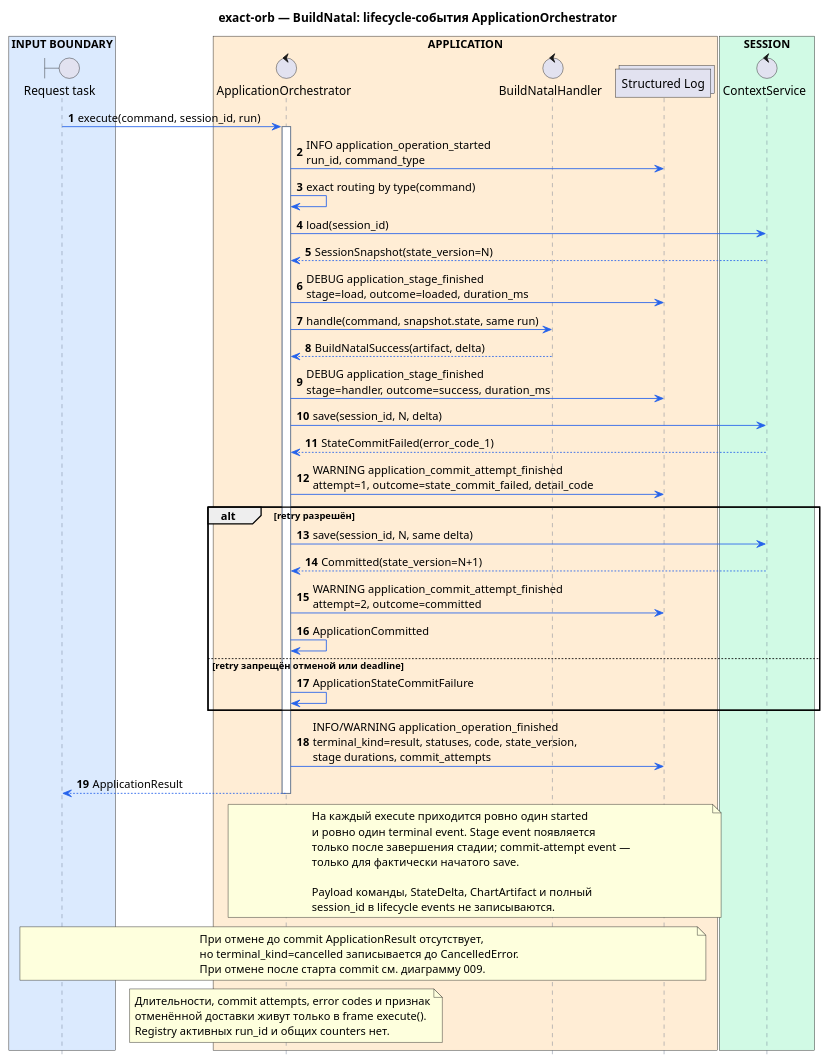
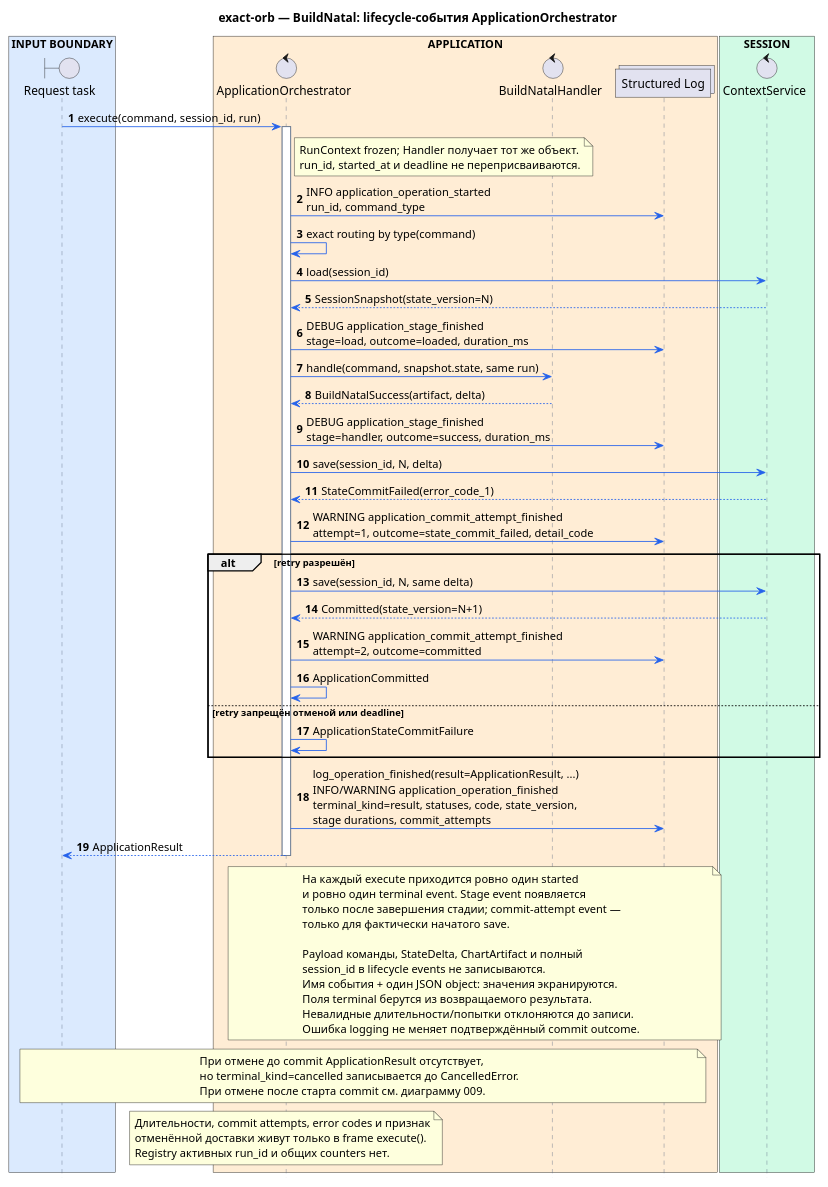
Before and after one commit to ksenia-baranova/exact-orb-demo: the diagram in docs/sequence_diagrams/build_natal/010-build_natal_application_observability.puml, drawn with PlantUML. The commit also changed 20 other files, not shown here.

```diff
--- a/docs/sequence_diagrams/build_natal/010-build_natal_application_observability.puml
+++ b/docs/sequence_diagrams/build_natal/010-build_natal_application_observability.puml
@@ -1,90 +1,98 @@
 @startuml
 title exact-orb — BuildNatal: lifecycle-события ApplicationOrchestrator
 
 ' Целевой observability contract ApplicationOrchestrator R3.2.
 ' Orchestrator хранит operation state только в локальных переменных execute().
 
 autonumber
 hide footbox
 
 skinparam shadowing false
 skinparam responseMessageBelowArrow true
 skinparam sequence {
     ArrowColor #2563EB
     LifeLineBorderColor #64748B
     LifeLineBackgroundColor #FFFFFF
     ParticipantBorderColor #64748B
     ParticipantFontColor #0F172A
     ParticipantBackgroundColor #F8FAFC
     NoteBorderColor #94A3B8
     NoteBackgroundColor #FFFBEA
     NoteFontColor #334155
 }
 
 box "INPUT BOUNDARY" #DBEAFE
     boundary "Request task" as Request
 end box
 
 box "APPLICATION" #FFEDD5
     control "ApplicationOrchestrator" as Orch
     control "BuildNatalHandler" as Handler
     collections "Structured Log" as Log
 end box
 
 box "SESSION" #D1FAE5
     control "ContextService" as Context
 end box
 
 Request -> Orch : execute(command, session_id, run)
 activate Orch
+note right of Orch
+RunContext frozen; Handler получает тот же объект.
+run_id, started_at и deadline не переприсваиваются.
+end note
 Orch -> Log : INFO application_operation_started\nrun_id, command_type
 
 Orch -> Orch : exact routing by type(command)
 Orch -> Context : load(session_id)
 Context --> Orch : SessionSnapshot(state_version=N)
 Orch -> Log : DEBUG application_stage_finished\nstage=load, outcome=loaded, duration_ms
 
 Orch -> Handler : handle(command, snapshot.state, same run)
 Handler --> Orch : BuildNatalSuccess(artifact, delta)
 Orch -> Log : DEBUG application_stage_finished\nstage=handler, outcome=success, duration_ms
 
 Orch -> Context : save(session_id, N, delta)
 Context --> Orch : StateCommitFailed(error_code_1)
 Orch -> Log : WARNING application_commit_attempt_finished\nattempt=1, outcome=state_commit_failed, detail_code
 
 alt retry разрешён
     Orch -> Context : save(session_id, N, same delta)
     Context --> Orch : Committed(state_version=N+1)
     Orch -> Log : WARNING application_commit_attempt_finished\nattempt=2, outcome=committed
     Orch -> Orch : ApplicationCommitted
 else retry запрещён отменой или deadline
     Orch -> Orch : ApplicationStateCommitFailure
 end
 
-Orch -> Log : INFO/WARNING application_operation_finished\nterminal_kind=result, statuses, code, state_version,\nstage durations, commit_attempts
+Orch -> Log : log_operation_finished(result=ApplicationResult, ...)\nINFO/WARNING application_operation_finished\nterminal_kind=result, statuses, code, state_version,\nstage durations, commit_attempts
 Orch --> Request : ApplicationResult
 deactivate Orch
 
 note over Orch, Log
 На каждый execute приходится ровно один started
 и ровно один terminal event. Stage event появляется
 только после завершения стадии; commit-attempt event —
 только для фактически начатого save.
 
 Payload команды, StateDelta, ChartArtifact и полный
 session_id в lifecycle events не записываются.
+Имя события + один JSON object: значения экранируются.
+Поля terminal берутся из возвращаемого результата.
+Невалидные длительности/попытки отклоняются до записи.
+Ошибка logging не меняет подтверждённый commit outcome.
 end note
 
 note over Request, Log
 При отмене до commit ApplicationResult отсутствует,
 но terminal_kind=cancelled записывается до CancelledError.
 При отмене после старта commit см. диаграмму 009.
 end note
 
 note over Orch
 Длительности, commit attempts, error codes и признак
 отменённой доставки живут только в frame execute().
 Registry активных run_id и общих counters нет.
 end note
 
 @enduml
```
